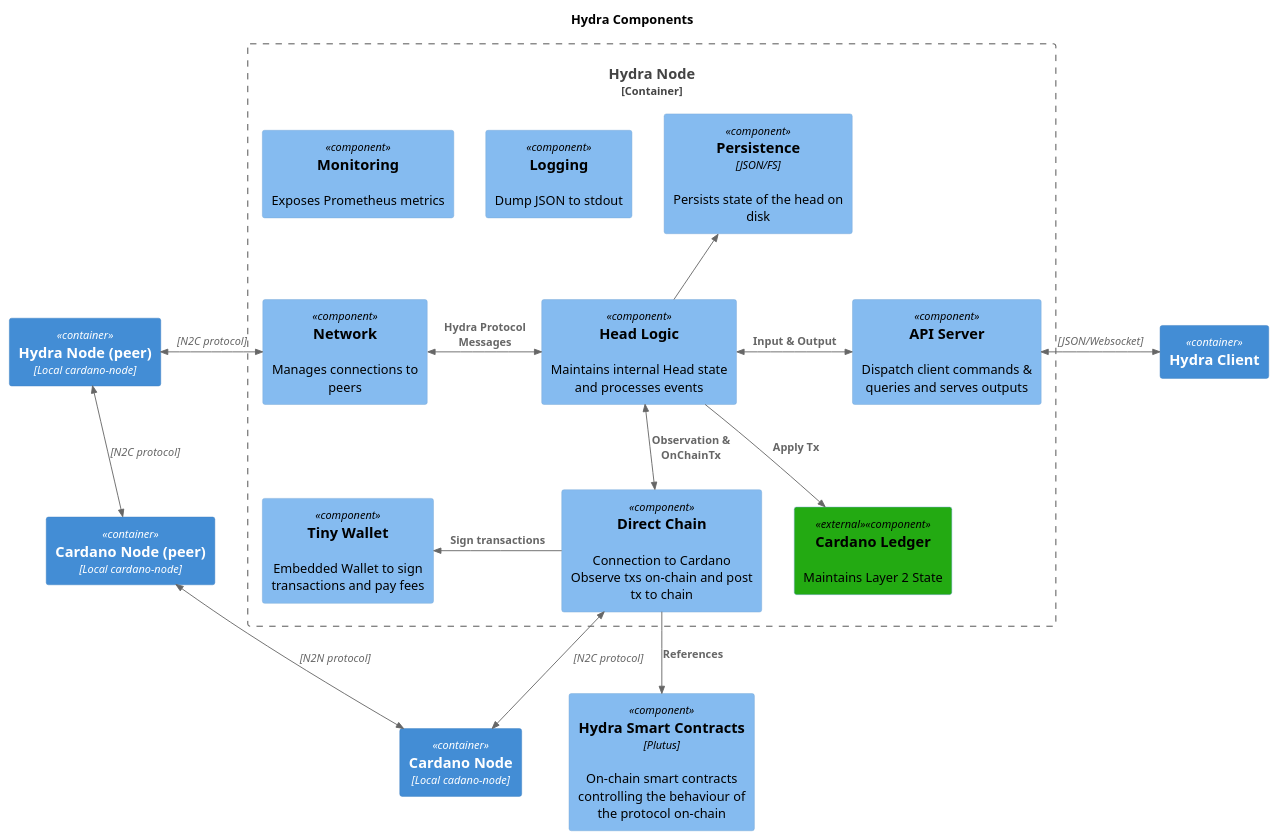
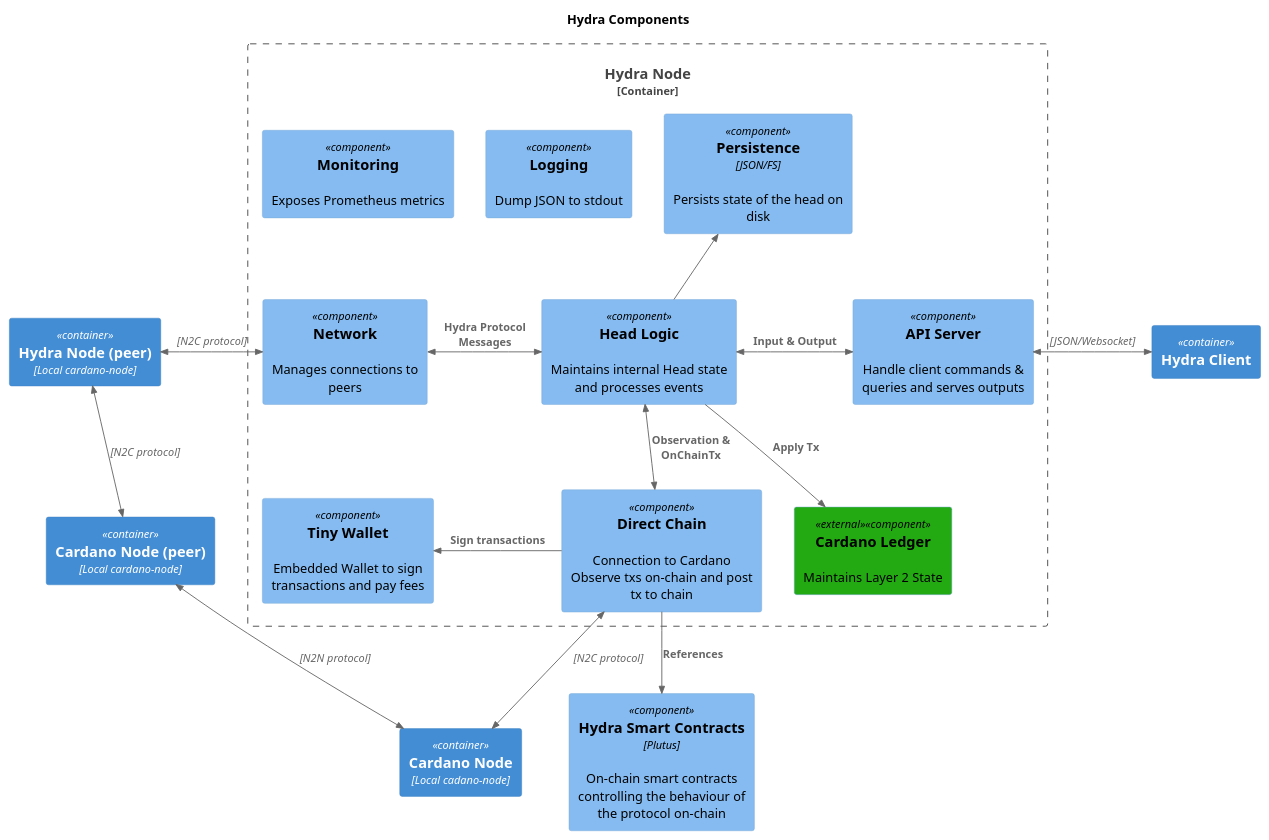
Before and after one commit to cardano-scaling/website: the diagram in core-concepts/architecture/architecture-c4.puml, drawn with PlantUML.

```diff
--- a/core-concepts/architecture/architecture-c4.puml
+++ b/core-concepts/architecture/architecture-c4.puml
@@ -1,40 +1,40 @@
 @startuml hydra-components.png
 title "Hydra Components"
 !include https://raw.githubusercontent.com/plantuml-stdlib/C4-PlantUML/master/C4_Component.puml
 
 AddElementTag("external", $bgColor="#23aa12")
 
 Container_Boundary(hydra_node, "Hydra Node") {
    Component(persistence, "Persistence", "JSON/FS", "Persists state of the head on disk", $link="https://github.com/input-output-hk/hydra/blob/master/hydra-node/src/Hydra/Persistence.hs")
    Component(head_logic, "Head Logic", "", "Maintains internal Head state and processes events", $link="https://github.com/input-output-hk/hydra/blob/master/hydra-node/src/Hydra/HeadLogic.hs")
-   Component(api_server, "API Server", "", "Dispatch client commands & queries and serves outputs", $link="https://github.com/input-output-hk/hydra/blob/master/hydra-node/src/Hydra/API/Server.hs")
+   Component(api_server, "API Server", "", "Handle client commands & queries and serves outputs", $link="https://github.com/input-output-hk/hydra/blob/master/hydra-node/src/Hydra/API/Server.hs")
    Component(chain, "Direct Chain", "", "Connection to Cardano\nObserve txs on-chain and post tx to chain", $link="https://github.com/input-output-hk/hydra/blob/master/hydra-node/src/Hydra/Chain/Direct.hs")
    Component(wallet, "Tiny Wallet", "", "Embedded Wallet to sign transactions and pay fees", $link="https://github.com/input-output-hk/hydra/blob/master/hydra-node/src/Hydra/Chain/Direct/Wallet.hs")
    Component(network, "Network", "", "Manages connections to peers", $link="https://github.com/input-output-hk/hydra/blob/master/hydra-node/src/Hydra/Network/Ouroboros.hs")
    Component(logging, "Logging", "", "Dump JSON to stdout", $link="https://github.com/input-output-hk/hydra/blob/master/hydra-node/src/Hydra/Logging.hs")
    Component(monitoring, "Monitoring", "", "Exposes Prometheus metrics", $link="https://github.com/input-output-hk/hydra/blob/master/hydra-node/src/Hydra/Logging/Monitoring.hs")
    Component(ledger, "Cardano Ledger", "", "Maintains Layer 2 State", $tags="external")
 
    BiRel_L(head_logic, network, "Hydra Protocol Messages", "")
    BiRel_R(head_logic, api_server, "Input & Output", "")
    Rel_U(head_logic, persistence, "")
    BiRel_D(head_logic, chain, "Observation & OnChainTx", "")
    Rel_D(head_logic, ledger, "Apply Tx")
 
    Rel_L(chain, wallet, "Sign transactions", "")
 }
 
 Container(hydra_node_peer, "Hydra Node (peer)", "Local cardano-node")
 Container(cardano_node, "Cardano Node", "Local cadano-node")
 Container(cardano_node_peer, "Cardano Node (peer)", "Local cardano-node")
 Container(hydra_client, "Hydra Client", "")
 Component(smart_contracts, "Hydra Smart Contracts", "Plutus", "On-chain smart contracts controlling the behaviour of the protocol on-chain", $link="https://github.com/input-output-hk/hydra/tree/master/hydra-plutus")
 Rel(chain, smart_contracts, "References", "")
 BiRel_D(chain, cardano_node, "", "N2C protocol")
 BiRel_L(cardano_node, cardano_node_peer, "", "N2N protocol")
 BiRel(hydra_node_peer, cardano_node_peer, "", "N2C protocol")
 BiRel_L(network, hydra_node_peer, "", "N2C protocol")
 BiRel_R(api_server, hydra_client, "", "JSON/Websocket")
 
 
 @enduml
```
